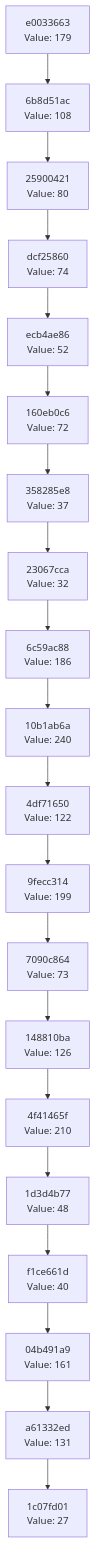
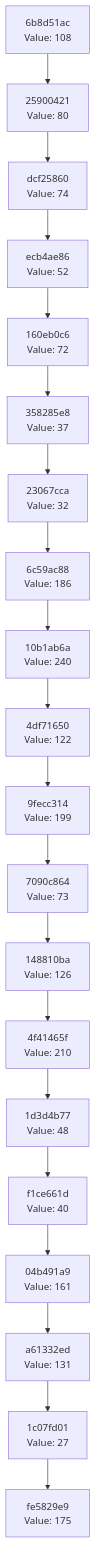
One commit to Abhisheksinha1506/hash-chain-evolver changed the diagram in docs/CHAIN_VISUALIZATION.md. Above: the diagram before and after it, drawn with Mermaid. The commit also changed 3 other files, not shown here.

````diff
--- a/docs/CHAIN_VISUALIZATION.md
+++ b/docs/CHAIN_VISUALIZATION.md
@@ -3,42 +3,42 @@
 ```mermaid
 graph TD
-    C0["1c07fd01<br/>Value: 27"]
-    C1["a61332ed<br/>Value: 131"]
+    C0["fe5829e9<br/>Value: 175"]
+    C1["1c07fd01<br/>Value: 27"]
     C1 --> C0
-    C2["04b491a9<br/>Value: 161"]
+    C2["a61332ed<br/>Value: 131"]
     C2 --> C1
-    C3["f1ce661d<br/>Value: 40"]
+    C3["04b491a9<br/>Value: 161"]
     C3 --> C2
-    C4["1d3d4b77<br/>Value: 48"]
+    C4["f1ce661d<br/>Value: 40"]
     C4 --> C3
-    C5["4f41465f<br/>Value: 210"]
+    C5["1d3d4b77<br/>Value: 48"]
     C5 --> C4
-    C6["148810ba<br/>Value: 126"]
+    C6["4f41465f<br/>Value: 210"]
     C6 --> C5
-    C7["7090c864<br/>Value: 73"]
+    C7["148810ba<br/>Value: 126"]
     C7 --> C6
-    C8["9fecc314<br/>Value: 199"]
+    C8["7090c864<br/>Value: 73"]
     C8 --> C7
-    C9["4df71650<br/>Value: 122"]
+    C9["9fecc314<br/>Value: 199"]
     C9 --> C8
-    C10["10b1ab6a<br/>Value: 240"]
+    C10["4df71650<br/>Value: 122"]
     C10 --> C9
-    C11["6c59ac88<br/>Value: 186"]
+    C11["10b1ab6a<br/>Value: 240"]
     C11 --> C10
-    C12["23067cca<br/>Value: 32"]
+    C12["6c59ac88<br/>Value: 186"]
     C12 --> C11
-    C13["358285e8<br/>Value: 37"]
+    C13["23067cca<br/>Value: 32"]
     C13 --> C12
-    C14["160eb0c6<br/>Value: 72"]
+    C14["358285e8<br/>Value: 37"]
     C14 --> C13
-    C15["ecb4ae86<br/>Value: 52"]
+    C15["160eb0c6<br/>Value: 72"]
     C15 --> C14
-    C16["dcf25860<br/>Value: 74"]
+    C16["ecb4ae86<br/>Value: 52"]
     C16 --> C15
-    C17["25900421<br/>Value: 80"]
+    C17["dcf25860<br/>Value: 74"]
     C17 --> C16
-    C18["6b8d51ac<br/>Value: 108"]
+    C18["25900421<br/>Value: 80"]
     C18 --> C17
-    C19["e0033663<br/>Value: 179"]
+    C19["6b8d51ac<br/>Value: 108"]
     C19 --> C18
 ```
````
